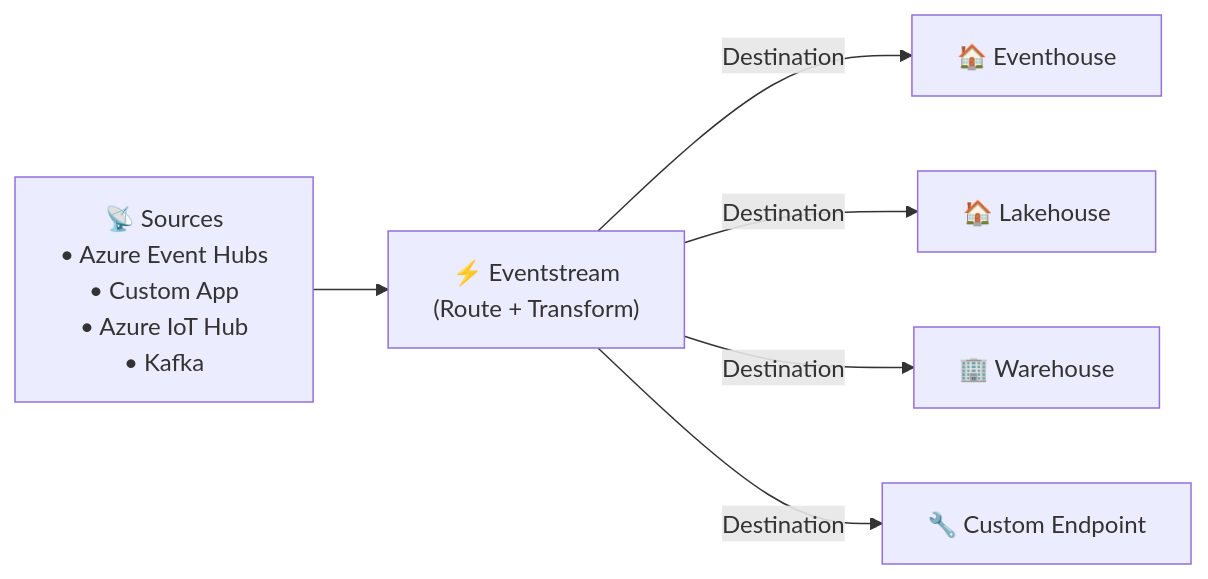
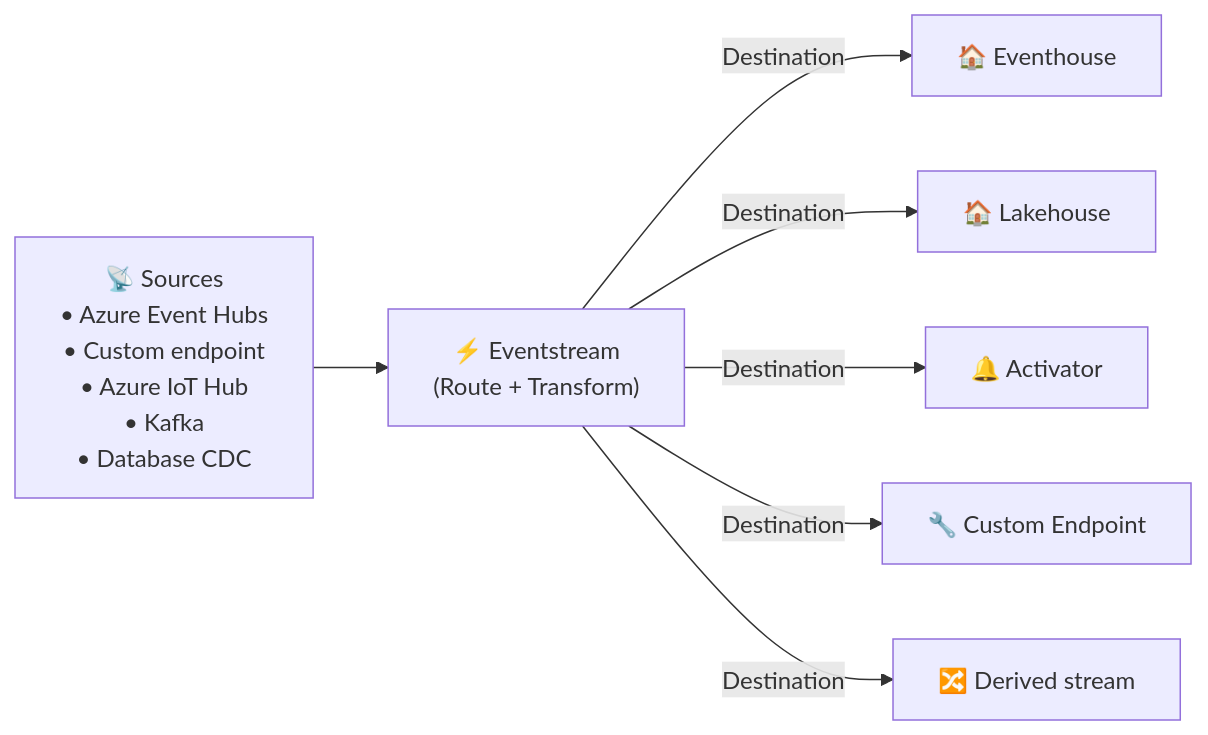
The tenth of 12 diagrams in 02-ingest-transform-data.md (marcogrimaldi29/dp-700-study-notes), drawn with Mermaid before and after one commit. The commit also changed other lines of this file and 7 other files, not shown here.

````diff
--- a/02-ingest-transform-data.md
+++ b/02-ingest-transform-data.md
@@ -380,8 +460,9 @@
 ```mermaid
 flowchart LR
-    SRC["📡 Sources\n• Azure Event Hubs\n• Custom App\n• Azure IoT Hub\n• Kafka"] --> ES["⚡ Eventstream\n(Route + Transform)"]
+    SRC["📡 Sources\n• Azure Event Hubs\n• Custom endpoint\n• Azure IoT Hub\n• Kafka\n• Database CDC"] --> ES["⚡ Eventstream\n(Route + Transform)"]
     ES -->|"Destination"| EH["🏠 Eventhouse"]
     ES -->|"Destination"| LH["🏠 Lakehouse"]
-    ES -->|"Destination"| WH["🏢 Warehouse"]
+    ES -->|"Destination"| ACT["🔔 Activator"]
     ES -->|"Destination"| CUSTOM["🔧 Custom Endpoint"]
+    ES -->|"Destination"| DS["🔀 Derived stream"]
 ```
````
